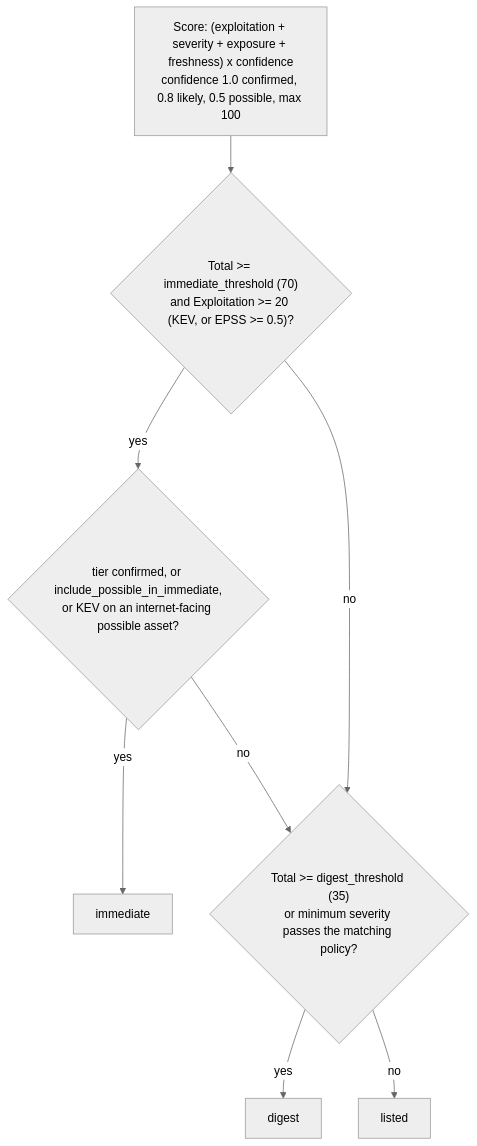
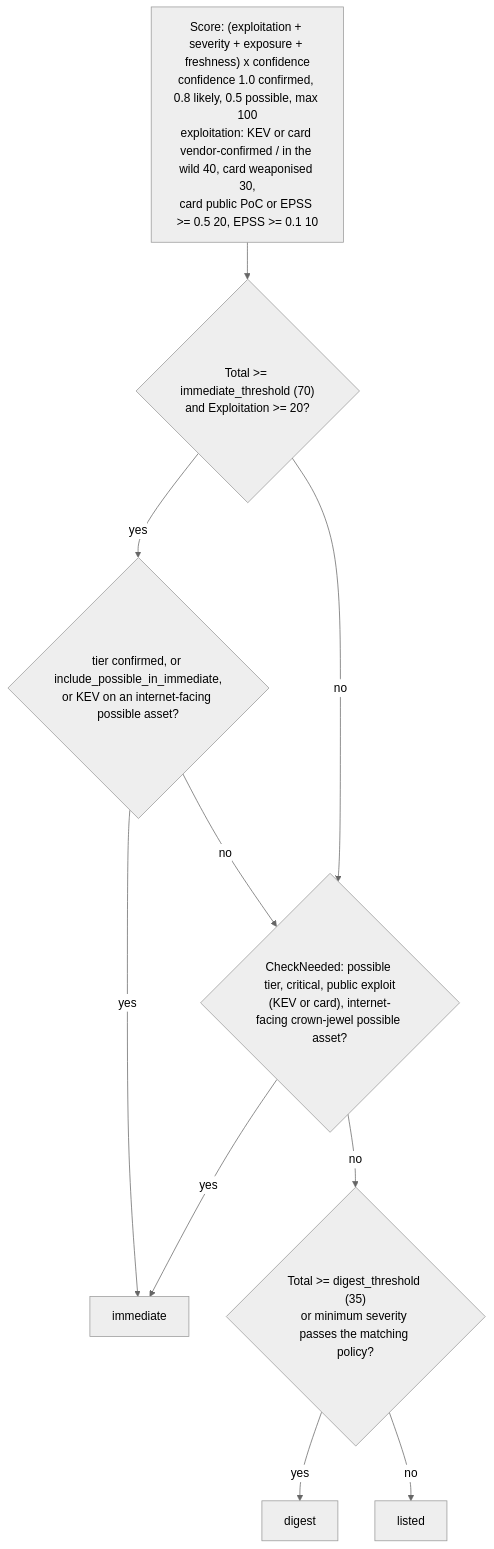
The third of 4 diagrams in server/docs/architecture/emerging-threat-alerts.md (openctemio/openctem), drawn with Mermaid (neutral theme) before and after one commit. The commit also changed other lines of this file and 28 other files, not shown here.

First line of the commit message:
feat(threat-alerts): advisory cards and exploitation evidence in the score

````diff
--- a/server/docs/architecture/emerging-threat-alerts.md
+++ b/server/docs/architecture/emerging-threat-alerts.md
@@ -84,10 +84,12 @@
 ```mermaid
 flowchart TD
-  B["Score: (exploitation + severity + exposure + freshness) x confidence<br/>confidence 1.0 confirmed, 0.8 likely, 0.5 possible, max 100"] --> I{"Total >= immediate_threshold (70)<br/>and Exploitation >= 20 (KEV, or EPSS >= 0.5)?"}
+  B["Score: (exploitation + severity + exposure + freshness) x confidence<br/>confidence 1.0 confirmed, 0.8 likely, 0.5 possible, max 100<br/>exploitation: KEV or card vendor-confirmed / in the wild 40, card weaponised 30,<br/>card public PoC or EPSS >= 0.5 20, EPSS >= 0.1 10"] --> I{"Total >= immediate_threshold (70)<br/>and Exploitation >= 20?"}
   I -- yes --> T{"tier confirmed, or include_possible_in_immediate,<br/>or KEV on an internet-facing possible asset?"}
   T -- yes --> IM["immediate"]
-  T -- no --> D
-  I -- no --> D{"Total >= digest_threshold (35)<br/>or minimum severity passes the matching policy?"}
+  T -- no --> C
+  I -- no --> C{"CheckNeeded: possible tier, critical, public exploit<br/>(KEV or card), internet-facing crown-jewel possible asset?"}
+  C -- yes --> IM
+  C -- no --> D{"Total >= digest_threshold (35)<br/>or minimum severity passes the matching policy?"}
   D -- yes --> DG["digest"]
   D -- no --> L["listed"]
 ```
````
